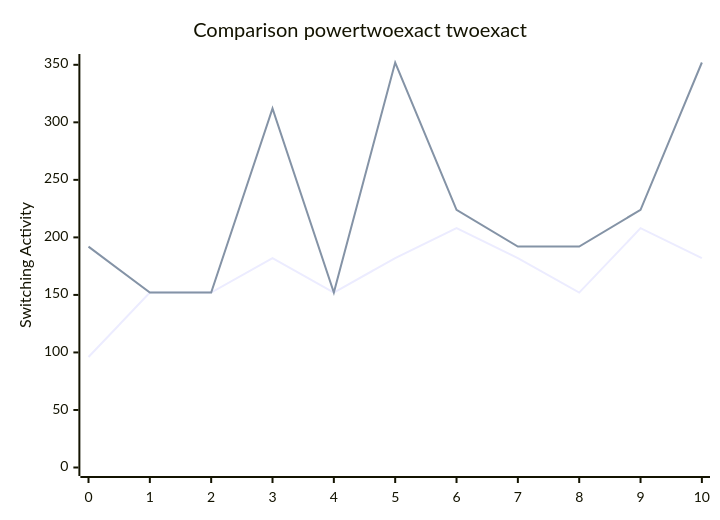
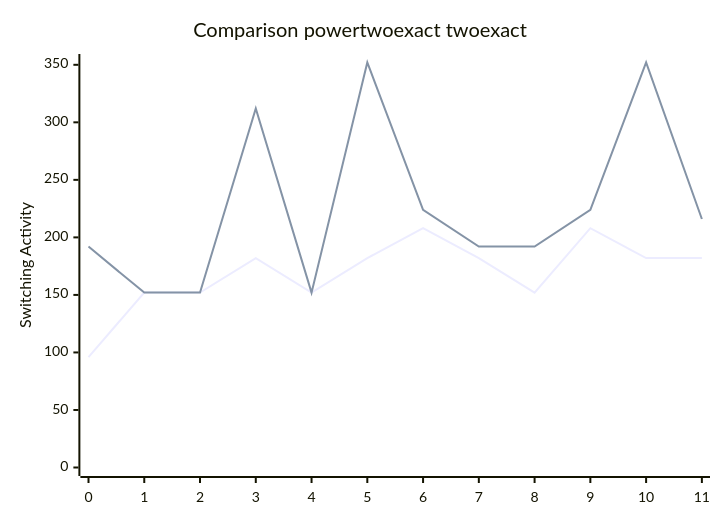
Before and after one commit to FeldmeierMichael/Exact-Power-Synthesis: the diagram in benchmark.md, drawn with Mermaid. The commit also changed other lines of this file and 2 other files, not shown here.

````diff
--- a/benchmark.md
+++ b/benchmark.md
@@ -33,8 +35,8 @@
 ```mermaid
 xychart-beta
     title "Comparison powertwoexact twoexact"
-    x-axis [0, 1, 2, 3, 4, 5, 6, 7, 8, 9, 10]
+    x-axis [0, 1, 2, 3, 4, 5, 6, 7, 8, 9, 10, 11]
     y-axis "Switching Activity" 0-->352
-    line [96, 152, 152, 182, 152, 182, 208, 182, 152, 208, 182]
-    line [192, 152, 152, 312, 152, 352, 224, 192, 192, 224, 352]
+    line [96, 152, 152, 182, 152, 182, 208, 182, 152, 208, 182, 182]
+    line [192, 152, 152, 312, 152, 352, 224, 192, 192, 224, 352, 216]
 ```
````
